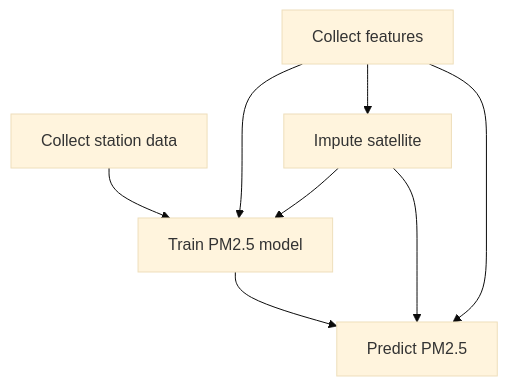
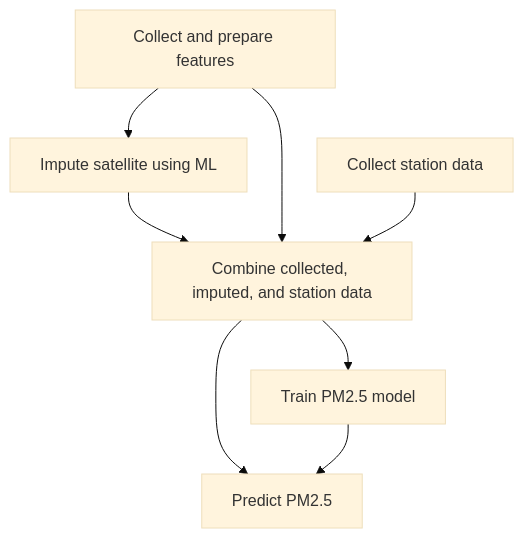
Before and after one commit to energyandcleanair/india_map: the first of 4 diagrams in README.md, drawn with Mermaid (base theme). The commit also changed other lines of this file, not shown here.

````diff
--- a/README.md
+++ b/README.md
@@ -78,21 +79,23 @@
 ```mermaid
 %%{init: {"flowchart": {"htmlLabels": false}} }%%
 flowchart TB
   collect_station_data["Collect station data"]
-  collect_features["Collect features"]
-  impute_satellite["Impute satellite"]
+  collect_features["Collect and prepare features"]
+  impute_satellite["Impute satellite using ML"]
   train_pm25_model["Train PM2.5 model"]
   predict_pm25["Predict PM2.5"]
+  recombine_datasets["Combine collected, imputed, and station data"]
 
-  collect_features --> train_pm25_model
   collect_features --> impute_satellite
-  collect_features --> predict_pm25
 
-  impute_satellite --> train_pm25_model
-  impute_satellite --> predict_pm25
+  impute_satellite --> recombine_datasets
+  
+  recombine_datasets --> train_pm25_model
+  recombine_datasets --> predict_pm25
 
-  collect_station_data --> train_pm25_model
+  collect_features --> recombine_datasets
+  collect_station_data --> recombine_datasets
 
   train_pm25_model --> predict_pm25
 
 ```
````
